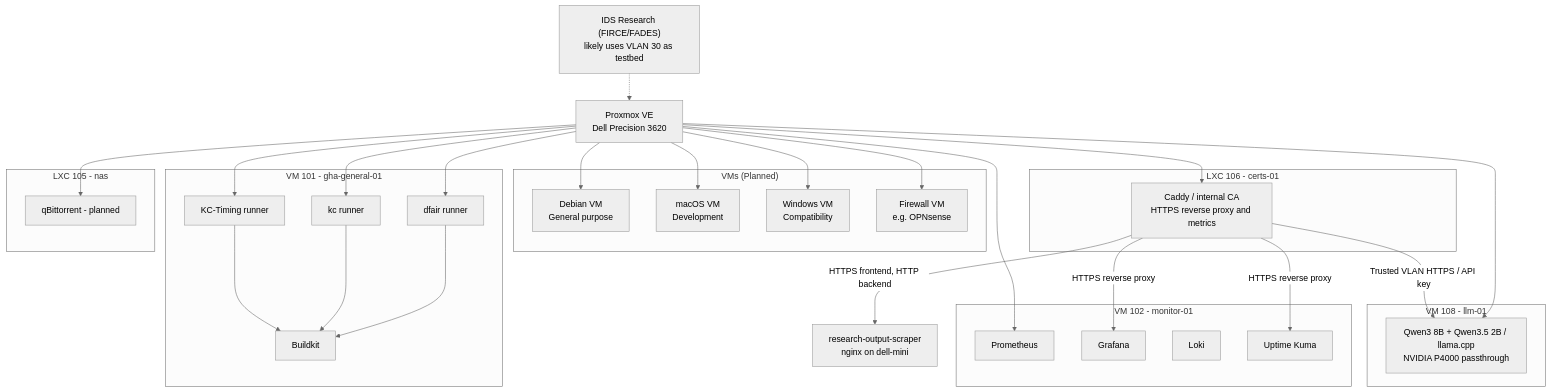
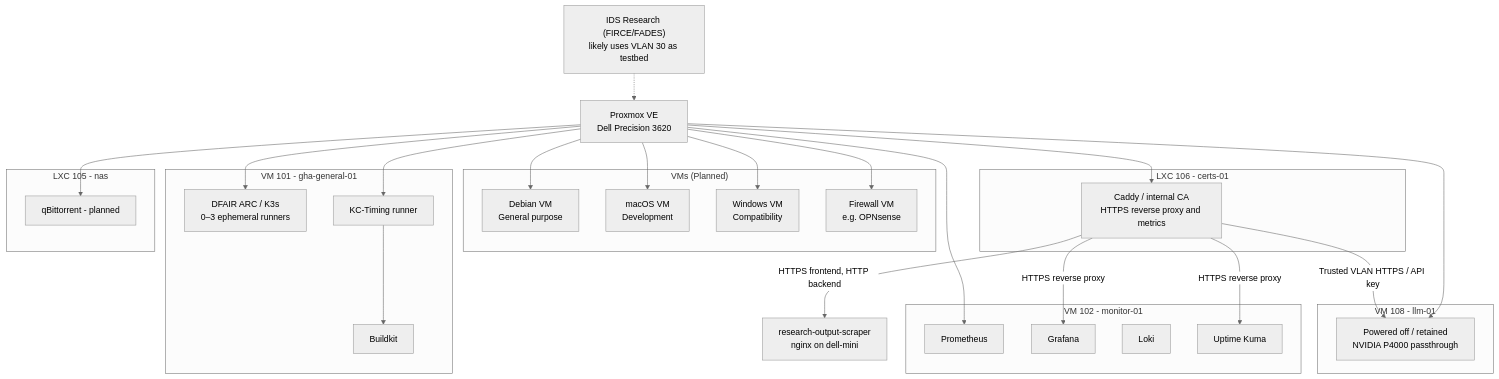
Before and after one commit to sethbarrett50/home_lab_docs: the diagram in docs/services/README.md, drawn with Mermaid (neutral theme). The commit also changed other lines of this file, not shown here.

Commit message:
docs: reconcile README.md with ARC migration

````diff
--- a/docs/services/README.md
+++ b/docs/services/README.md
@@ -25,60 +25,56 @@
 ```mermaid
 graph TD
     PVE[Proxmox VE\nDell Precision 3620]
 
     subgraph "VMs (Planned)"
         DEBIAN[Debian VM\nGeneral purpose]
         MACOS[macOS VM\nDevelopment]
         WIN[Windows VM\nCompatibility]
         FW[Firewall VM\ne.g. OPNsense]
     end
 
     subgraph "VM 101 - gha-general-01"
-        GHA1[dfair runner]
-        GHA3[kc runner]
+        GHA1[DFAIR ARC / K3s\n0–3 ephemeral runners]
         GHA4[KC-Timing runner]
         BK[Buildkit]
     end
 
     subgraph "VM 102 - monitor-01"
         PROM[Prometheus]
         GRAF[Grafana]
         LOKI[Loki]
         KUMA[Uptime Kuma]
     end
 
     subgraph "VM 108 - llm-01"
-        LLM[Qwen3 8B + Qwen3.5 2B / llama.cpp\nNVIDIA P4000 passthrough]
+        LLM[Powered off / retained\nNVIDIA P4000 passthrough]
     end
 
     subgraph "LXC 106 - certs-01"
         CADDY[Caddy / internal CA\nHTTPS reverse proxy and metrics]
     end
 
     subgraph "LXC 105 - nas"
         QB[qBittorrent - planned]
     end
 
     PVE --> DEBIAN
     PVE --> MACOS
     PVE --> WIN
     PVE --> FW
     PVE --> GHA1
-    PVE --> GHA3
     PVE --> GHA4
-    GHA1 --> BK
-    GHA3 --> BK
     GHA4 --> BK
     PVE --> PROM
     PVE --> QB
     PVE --> CADDY
     PVE --> LLM
     CADDY -->|Trusted VLAN HTTPS / API key| LLM
     CADDY -->|HTTPS reverse proxy| GRAF
     CADDY -->|HTTPS reverse proxy| KUMA
     LEADERBOARD[research-output-scraper\nnginx on dell-mini] 
     CADDY -->|HTTPS frontend, HTTP backend| LEADERBOARD
 
     IDS["IDS Research (FIRCE/FADES)\nlikely uses VLAN 30 as testbed"]
     IDS -.-> PVE
 ```
````
